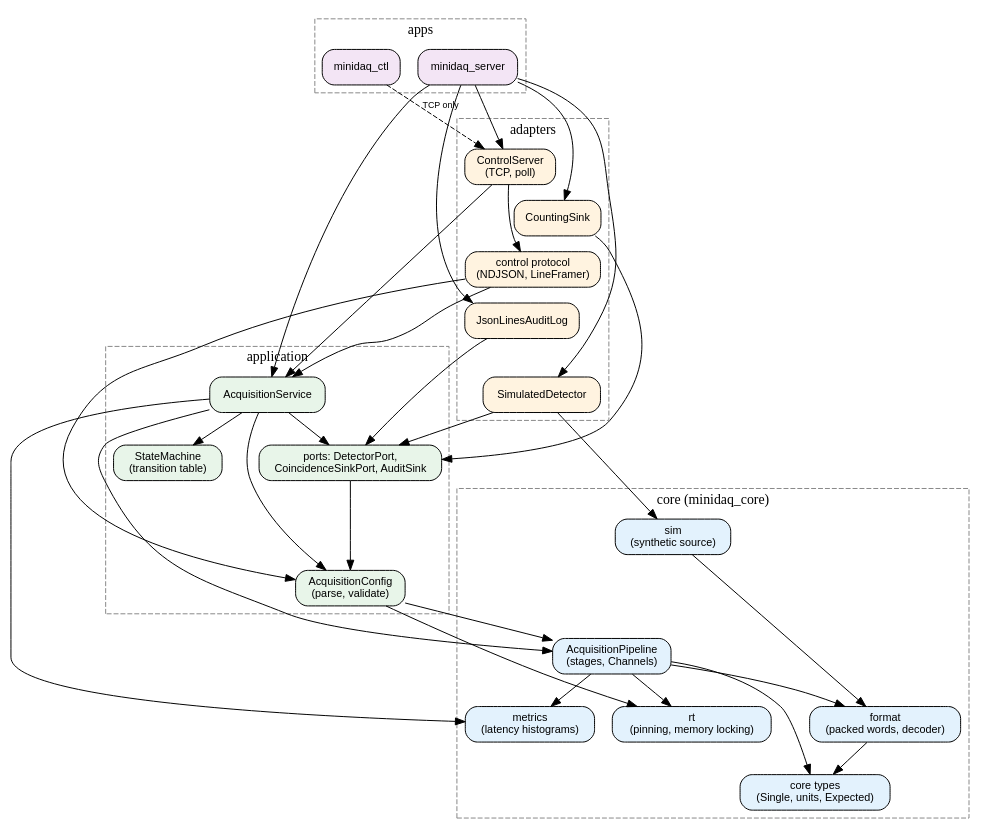
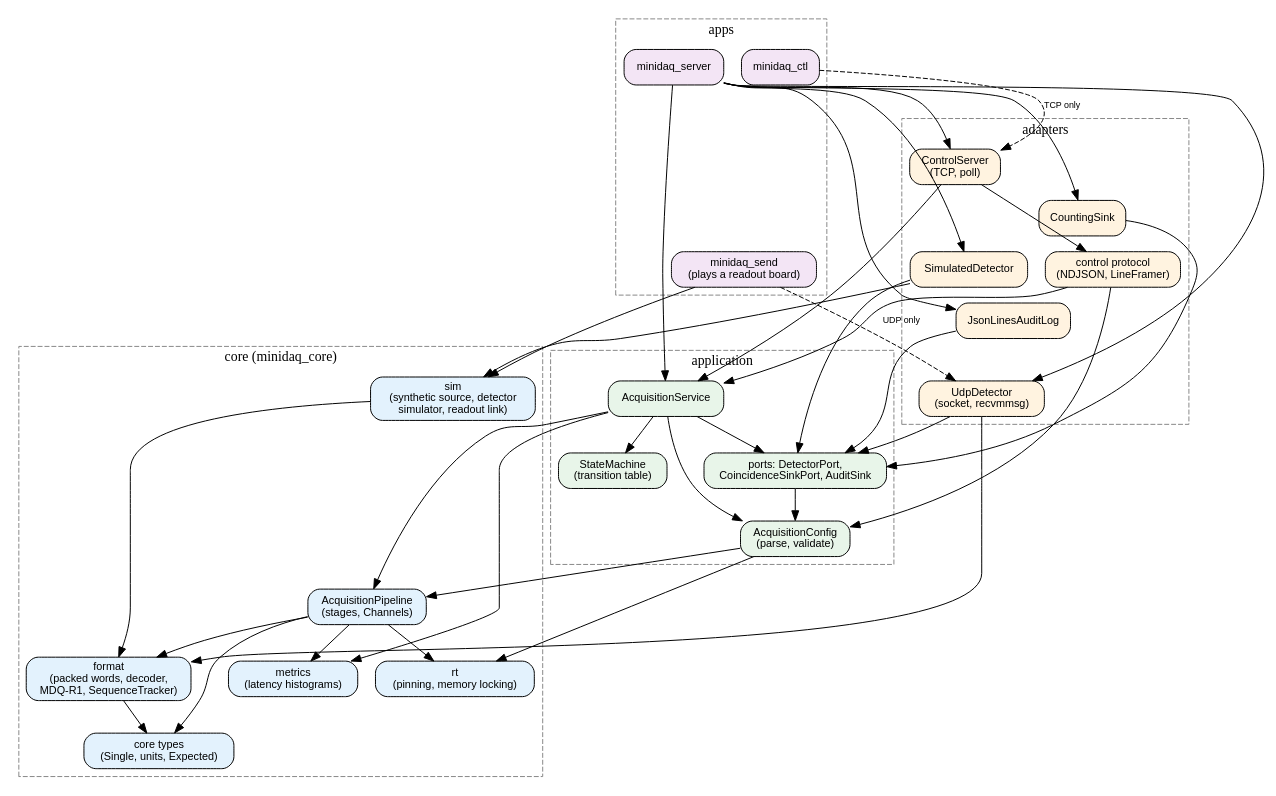
The diagram in docs/architecture/components.dot (OussamaSegh/detector-to-diagnosis), drawn with Graphviz before and after one commit. The commit also changed 78 other files, not shown here.

```diff
--- a/docs/architecture/components.dot
+++ b/docs/architecture/components.dot
@@ -1,72 +1,79 @@
-// MiniDAQ components and their dependencies (Chapter 6). An edge A -> B means
+// MiniDAQ components and their dependencies (Chapter 6, updated in Chapter 9). An edge A -> B means
 // "A uses B" (A includes B's header). Each node's class is its layer from
 // layers.json; the arrows must only point to layers a node may depend on.
 digraph components {
   rankdir=TB;
   ranksep=0.45; nodesep=0.25;
   newrank=true;
   node [shape=box, style="rounded,filled", fontname="Helvetica", fontsize=11];
   edge [fontname="Helvetica", fontsize=9];
 
   subgraph cluster_apps {
     label="apps"; style=dashed; color="#888888";
     minidaq_server [class="app", fillcolor="#f3e5f5", label="minidaq_server"];
     minidaq_ctl [class="app", fillcolor="#f3e5f5", label="minidaq_ctl"];
+    minidaq_send [class="app", fillcolor="#f3e5f5", label="minidaq_send\n(plays a readout board)"];
   }
   subgraph cluster_adapters {
     label="adapters"; style=dashed; color="#888888";
     control_server [class="adapters", fillcolor="#fff3e0", label="ControlServer\n(TCP, poll)"];
     control_protocol [class="adapters", fillcolor="#fff3e0", label="control protocol\n(NDJSON, LineFramer)"];
     simulated_detector [class="adapters", fillcolor="#fff3e0", label="SimulatedDetector"];
+    udp_detector [class="adapters", fillcolor="#fff3e0", label="UdpDetector\n(socket, recvmmsg)"];
     counting_sink [class="adapters", fillcolor="#fff3e0", label="CountingSink"];
     audit_log [class="adapters", fillcolor="#fff3e0", label="JsonLinesAuditLog"];
   }
   subgraph cluster_application {
     label="application"; style=dashed; color="#888888";
     acquisition_service [class="application", fillcolor="#e8f5e9", label="AcquisitionService"];
     state_machine [class="application", fillcolor="#e8f5e9", label="StateMachine\n(transition table)"];
     config [class="application", fillcolor="#e8f5e9", label="AcquisitionConfig\n(parse, validate)"];
     ports [class="application", fillcolor="#e8f5e9", label="ports: DetectorPort,\nCoincidenceSinkPort, AuditSink"];
   }
   subgraph cluster_core {
     label="core (minidaq_core)"; style=dashed; color="#888888";
     pipeline [class="core", fillcolor="#e3f2fd", label="AcquisitionPipeline\n(stages, Channels)"];
-    format [class="core", fillcolor="#e3f2fd", label="format\n(packed words, decoder)"];
+    format [class="core", fillcolor="#e3f2fd", label="format\n(packed words, decoder,\nMDQ-R1, SequenceTracker)"];
     metrics [class="core", fillcolor="#e3f2fd", label="metrics\n(latency histograms)"];
     rt [class="core", fillcolor="#e3f2fd", label="rt\n(pinning, memory locking)"];
-    sim [class="core", fillcolor="#e3f2fd", label="sim\n(synthetic source)"];
+    sim [class="core", fillcolor="#e3f2fd", label="sim\n(synthetic source, detector\nsimulator, readout link)"];
     types [class="core", fillcolor="#e3f2fd", label="core types\n(Single, units, Expected)"];
   }
 
   minidaq_server -> control_server;
   minidaq_server -> acquisition_service;
   minidaq_server -> simulated_detector;
   minidaq_server -> counting_sink;
   minidaq_server -> audit_log;
   minidaq_ctl -> control_server [style=dashed, label="TCP only"];
+  minidaq_server -> udp_detector;
+  minidaq_send -> sim;
+  minidaq_send -> udp_detector [style=dashed, label="UDP only"];
 
   control_server -> control_protocol;
   control_server -> acquisition_service;
   control_protocol -> acquisition_service;
   control_protocol -> config;
   simulated_detector -> ports;
   simulated_detector -> sim;
+  udp_detector -> ports;
+  udp_detector -> format;
   counting_sink -> ports;
   audit_log -> ports;
 
   acquisition_service -> state_machine;
   acquisition_service -> config;
   acquisition_service -> ports;
   acquisition_service -> pipeline;
   acquisition_service -> metrics;
   config -> pipeline;
   config -> rt;
   ports -> config;
 
   pipeline -> format;
   pipeline -> metrics;
   pipeline -> rt;
   pipeline -> types;
   format -> types;
   sim -> format;
 }
```
